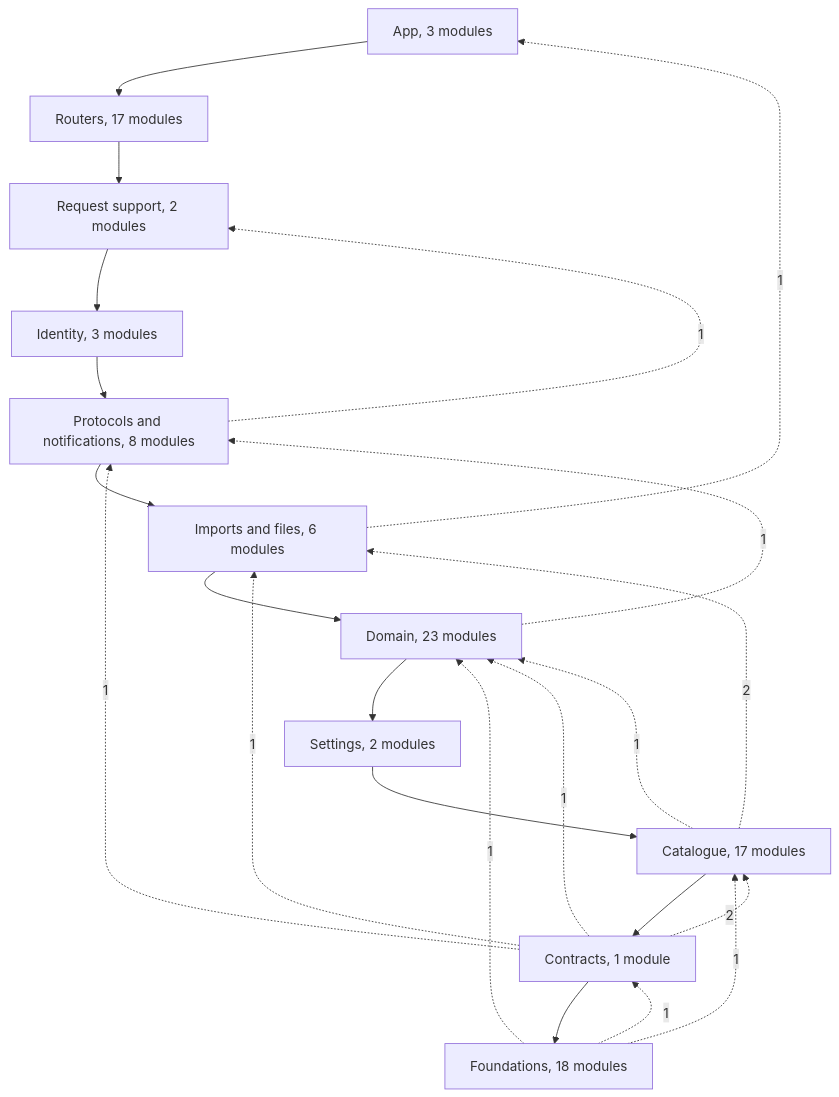
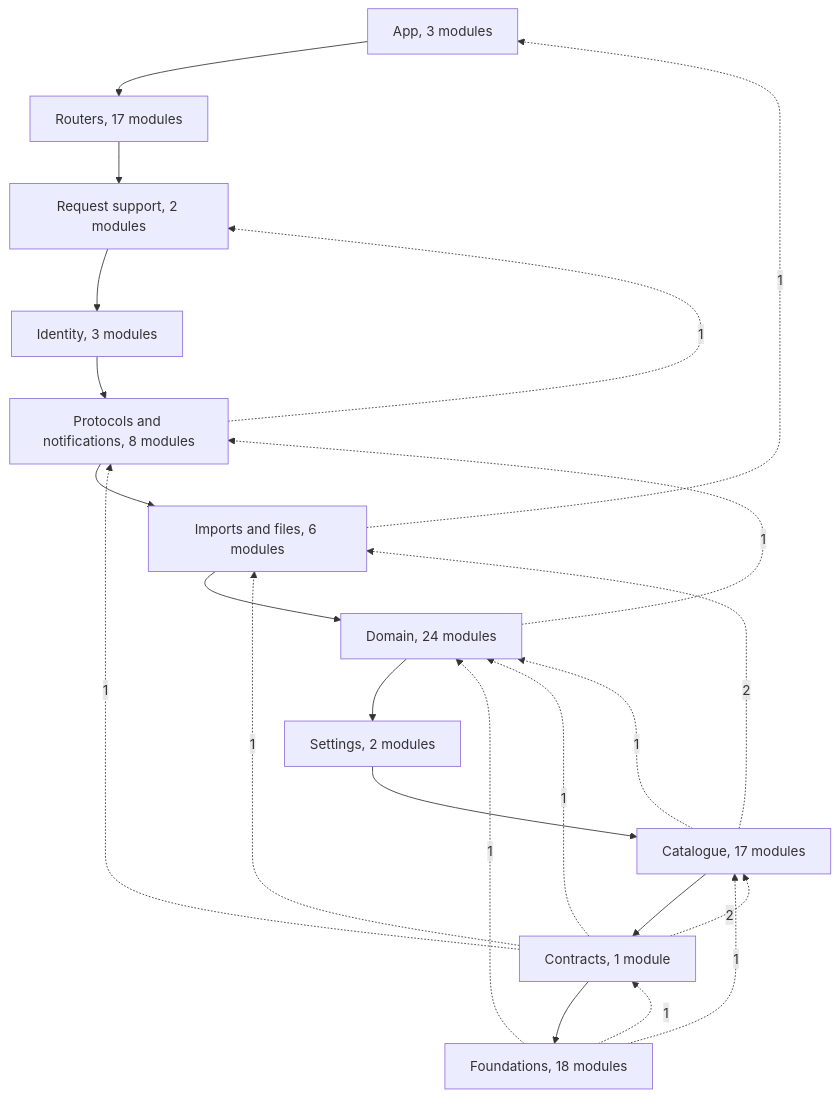
Before and after one commit to f-klement/endpaper: the fourth of 10 diagrams in docs/architecture.md, drawn with Mermaid. The commit also changed other lines of this file and 42 other files, not shown here.

````diff
--- a/docs/architecture.md
+++ b/docs/architecture.md
@@ -311,36 +312,36 @@
 ```mermaid
 flowchart TB
   app["App, 3 modules"]
   routers["Routers, 17 modules"]
   request["Request support, 2 modules"]
   identity["Identity, 3 modules"]
   protocols["Protocols and notifications, 8 modules"]
   files["Imports and files, 6 modules"]
-  domain["Domain, 23 modules"]
+  domain["Domain, 24 modules"]
   settings["Settings, 2 modules"]
   catalogue["Catalogue, 17 modules"]
   contracts["Contracts, 1 module"]
   foundations["Foundations, 18 modules"]
   app --> routers
   routers --> request
   request --> identity
   identity --> protocols
   protocols --> files
   files --> domain
   domain --> settings
   settings --> catalogue
   catalogue --> contracts
   contracts --> foundations
   protocols -.->|"1"| request
   files -.->|"1"| app
   domain -.->|"1"| protocols
   catalogue -.->|"2"| files
   catalogue -.->|"1"| domain
   contracts -.->|"1"| protocols
   contracts -.->|"1"| files
   contracts -.->|"1"| domain
   contracts -.->|"2"| catalogue
   foundations -.->|"1"| domain
   foundations -.->|"1"| catalogue
   foundations -.->|"1"| contracts
 ```
````
